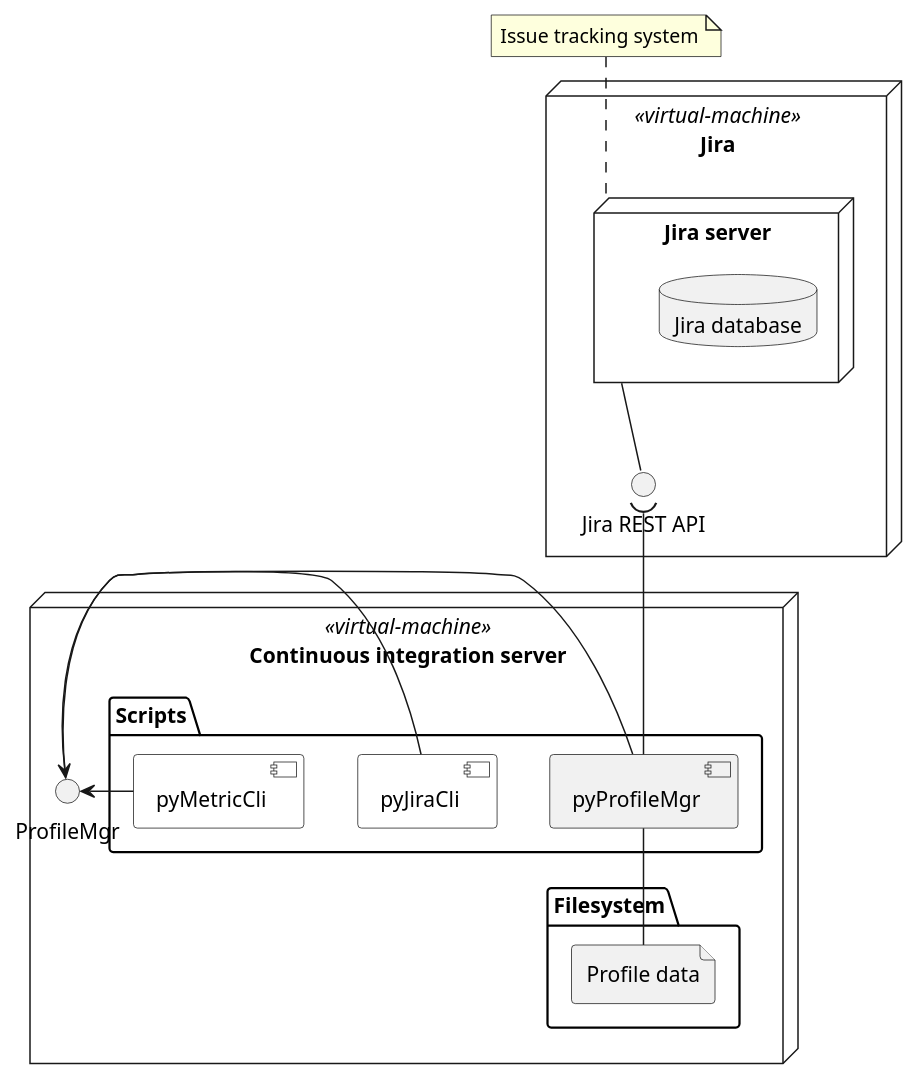
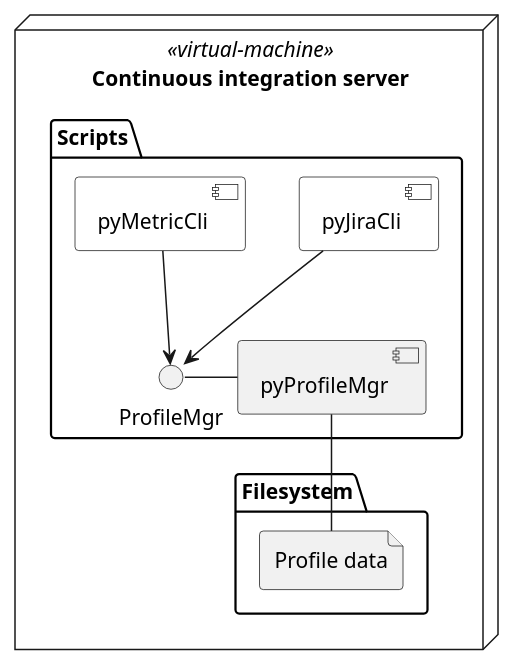
Before and after one commit to NewTec-GmbH/pyProfileMgr: the diagram in doc/uml/deployment.puml, drawn with PlantUML. The commit also changed 10 other files, not shown here.

```diff
--- a/doc/uml/deployment.puml
+++ b/doc/uml/deployment.puml
@@ -1,36 +1,20 @@
 @startuml DeploymentDiagram
-
-node "Jira" <<virtual-machine>> as jira_vm {
-  node "Jira server" as jira_server {
-      database "Jira database" as jira_db
-  }
-
-  interface "Jira REST API" as jira_rest_api
-  jira_server -- jira_rest_api
-}
 
 node "Continuous integration server" <<virtual-machine>> {
   package "Scripts" {
     component "pyJiraCli" as jira_cli #White
     component "pyMetricCli" as metric_cli #White
     component "pyProfileMgr" as profile_mgr
+    ProfileMgr - [profile_mgr]
   }
 
   folder Filesystem {
     file "Profile data" as profile_data_files
   }
 
-  ProfileMgr - [profile_mgr]
-  jira_cli -> ProfileMgr
+  jira_cli --> ProfileMgr
   metric_cli --> ProfileMgr
   profile_mgr -- profile_data_files
 }
 
-jira_rest_api )-- profile_mgr
-
-' Notes
-note top of jira_server
-  Issue tracking system
-end note
-
 @enduml
```
